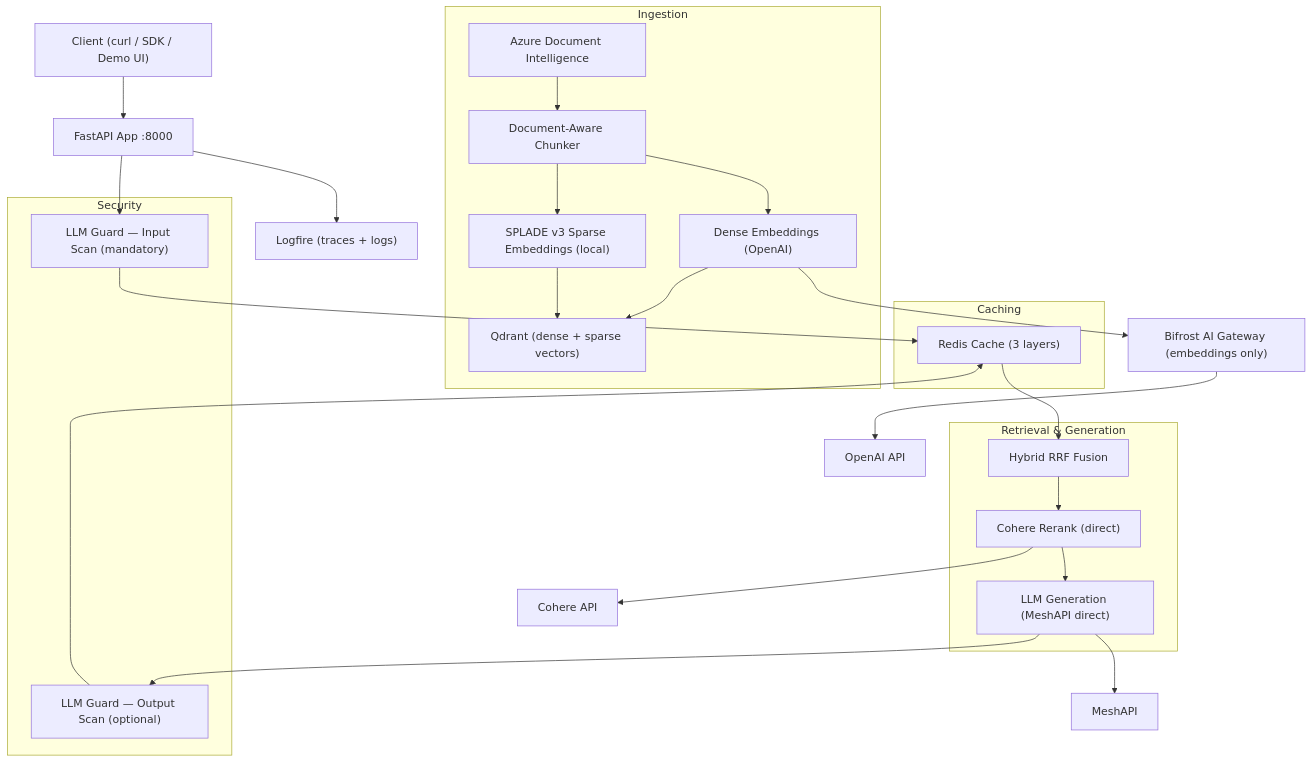
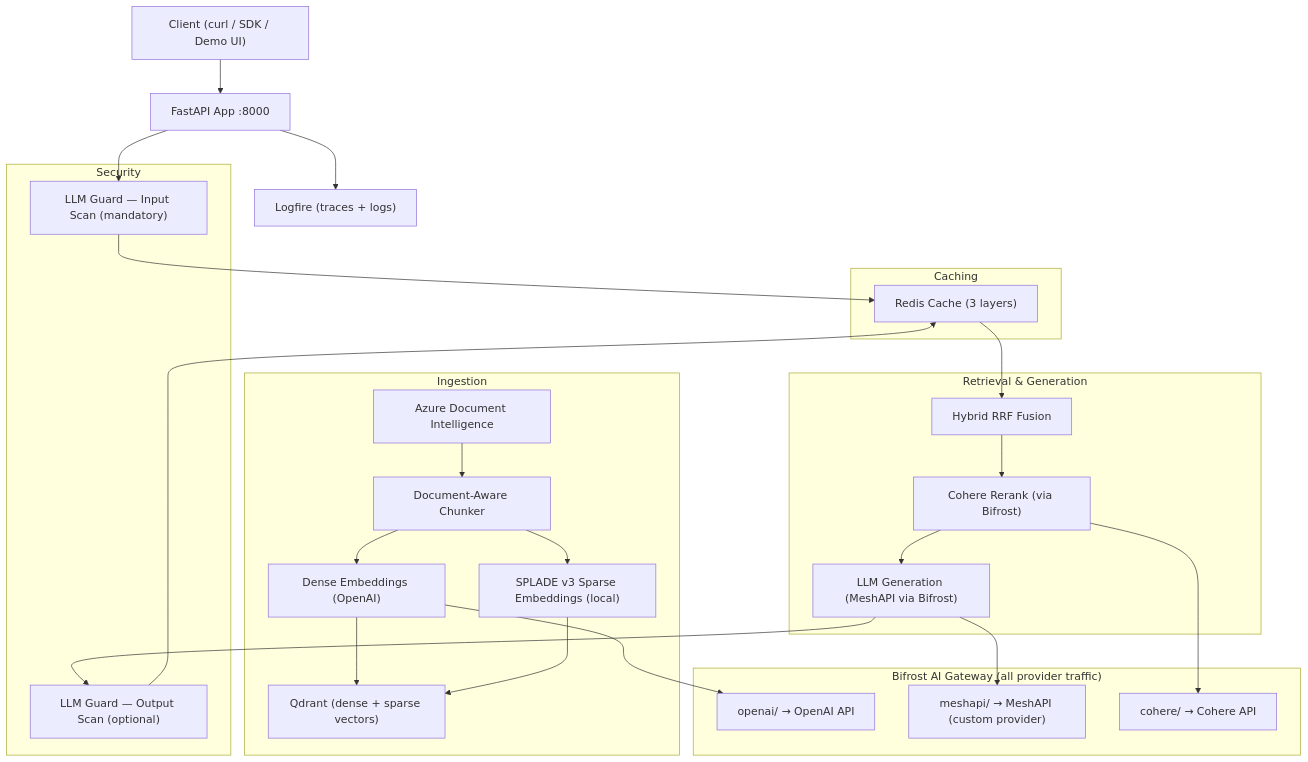
Before and after one commit to Murtuzasaifee/RAG-Hackathon: the diagram in README.md, drawn with Mermaid. The commit also changed other lines of this file, not shown here.

Commit message:
Updated README.md with architecture diagram - All Bifrost

````diff
--- a/README.md
+++ b/README.md
@@ -9,47 +9,48 @@
 ```mermaid
 graph TB
     Client["Client (curl / SDK / Demo UI)"]
     App["FastAPI App :8000"]
     Logfire["Logfire (traces + logs)"]
 
     subgraph Ingestion
         ADI["Azure Document Intelligence"]
         Chunker["Document-Aware Chunker"]
         DenseEmb["Dense Embeddings (OpenAI)"]
         SparseEmb["SPLADE v3 Sparse Embeddings (local)"]
         Qdrant["Qdrant (dense + sparse vectors)"]
     end
 
     subgraph Retrieval & Generation
         Hybrid["Hybrid RRF Fusion"]
-        Reranker["Cohere Rerank (direct)"]
-        Generator["LLM Generation (MeshAPI direct)"]
+        Reranker["Cohere Rerank (via Bifrost)"]
+        Generator["LLM Generation (MeshAPI via Bifrost)"]
     end
 
     subgraph Security
         GuardIn["LLM Guard — Input Scan (mandatory)"]
         GuardOut["LLM Guard — Output Scan (optional)"]
     end
 
     subgraph Caching
         Redis["Redis Cache (3 layers)"]
     end
 
-    Bifrost["Bifrost AI Gateway (embeddings only)"]
-    OpenAI["OpenAI API"]
-    MeshAPI["MeshAPI"]
-    Cohere["Cohere API"]
+    subgraph Bifrost["Bifrost AI Gateway (all provider traffic)"]
+        BifrostOpenAI["openai/ → OpenAI API"]
+        BifrostMeshAPI["meshapi/ → MeshAPI (custom provider)"]
+        BifrostCohere["cohere/ → Cohere API"]
+    end
 
     Client --> App
     App --> GuardIn
     GuardIn --> Redis
     Redis --> Hybrid
     ADI --> Chunker --> DenseEmb --> Qdrant
     Chunker --> SparseEmb --> Qdrant
     Hybrid --> Reranker --> Generator --> GuardOut
     GuardOut --> Redis
-    DenseEmb --> Bifrost --> OpenAI
-    Reranker --> Cohere
-    Generator --> MeshAPI
+    DenseEmb --> BifrostOpenAI
+    Reranker --> BifrostCohere
+    Generator --> BifrostMeshAPI
     App --> Logfire
 ```
````
